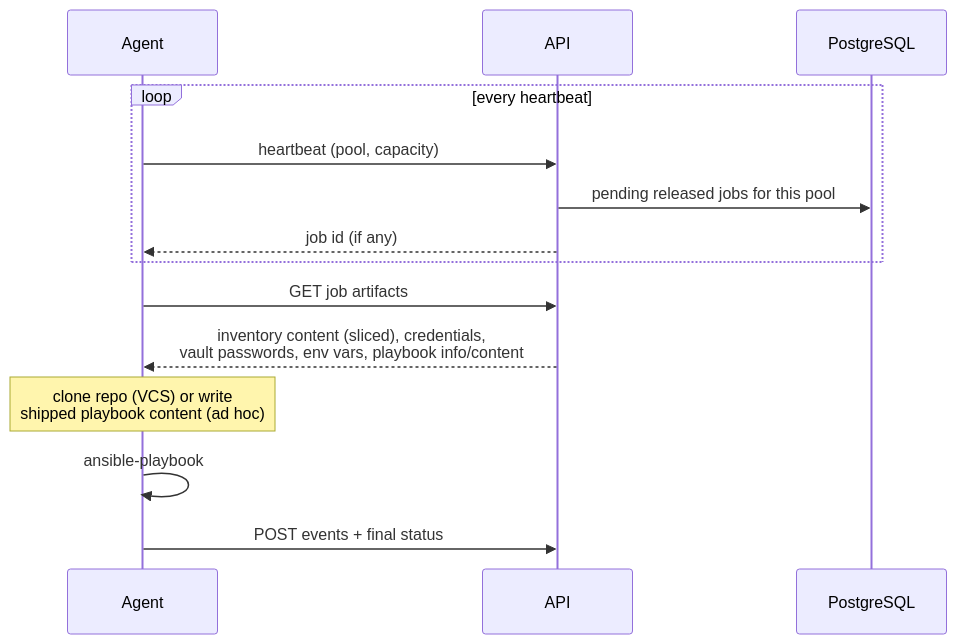
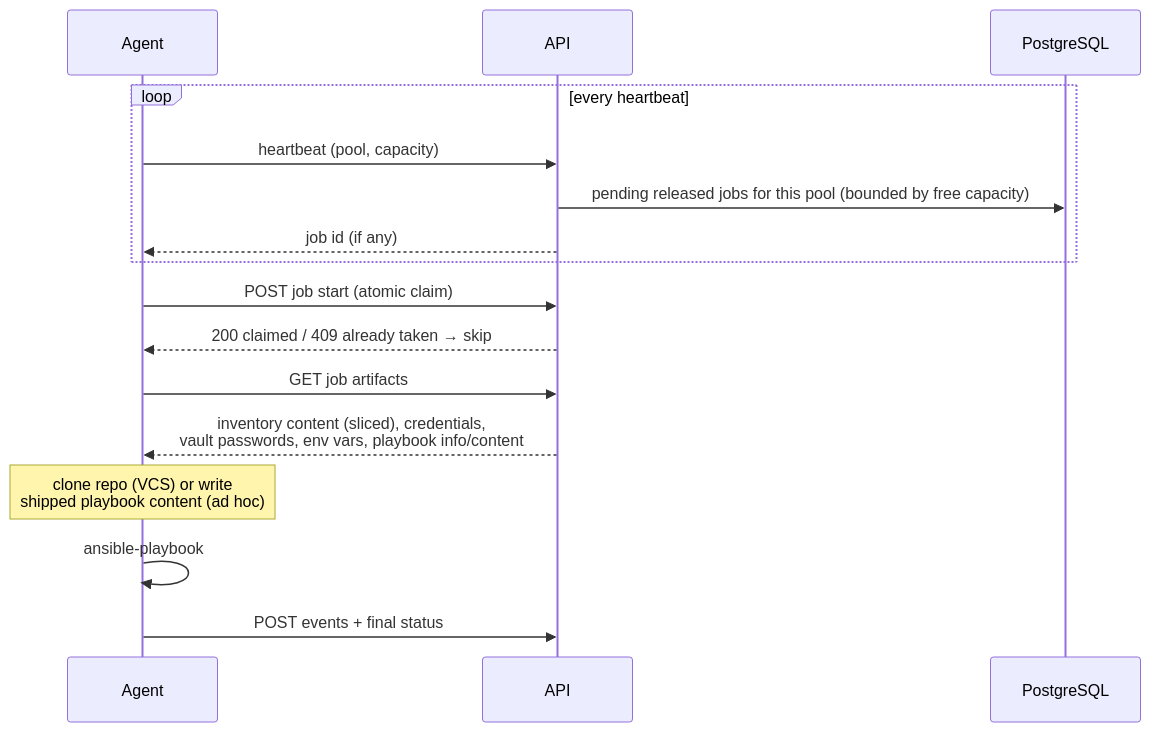
The fourth of 8 diagrams in docs/features/ansible/execution-flows.md (vhco-pro/stackweaver-frontend), drawn with Mermaid before and after one commit. The commit also changed other lines of this file, not shown here.

Commit message:
fix(agent-pool): distribute Ansible slices across runners + atomic claim, with e2e (#391) (#77)

````diff
--- a/docs/features/ansible/execution-flows.md
+++ b/docs/features/ansible/execution-flows.md
@@ -114,16 +114,18 @@
 ```mermaid
 sequenceDiagram
     participant Agent
     participant API
     participant DB as PostgreSQL
     loop every heartbeat
         Agent->>API: heartbeat (pool, capacity)
-        API->>DB: pending released jobs for this pool
+        API->>DB: pending released jobs for this pool (bounded by free capacity)
         API-->>Agent: job id (if any)
     end
+    Agent->>API: POST job start (atomic claim)
+    API-->>Agent: 200 claimed / 409 already taken → skip
     Agent->>API: GET job artifacts
     API-->>Agent: inventory content (sliced), credentials,<br/>vault passwords, env vars, playbook info/content
     Note over Agent: clone repo (VCS) or write<br/>shipped playbook content (ad hoc)
     Agent->>Agent: ansible-playbook
     Agent->>API: POST events + final status
 ```
````
